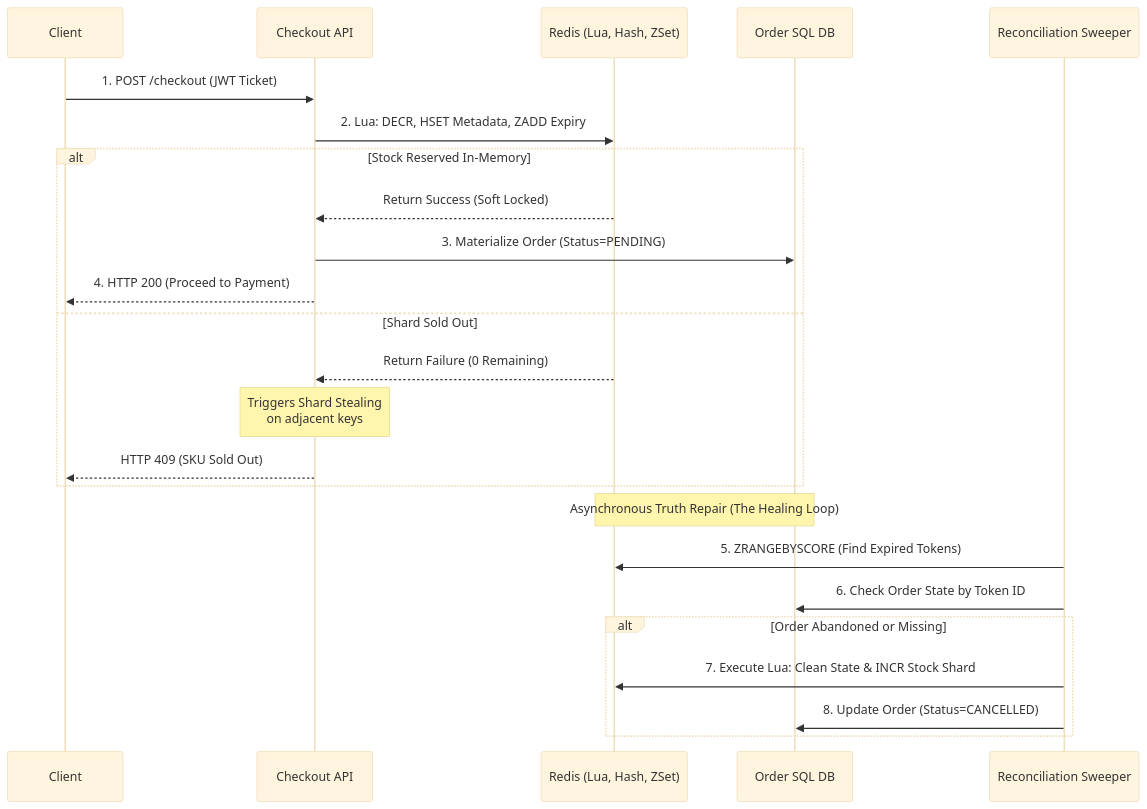
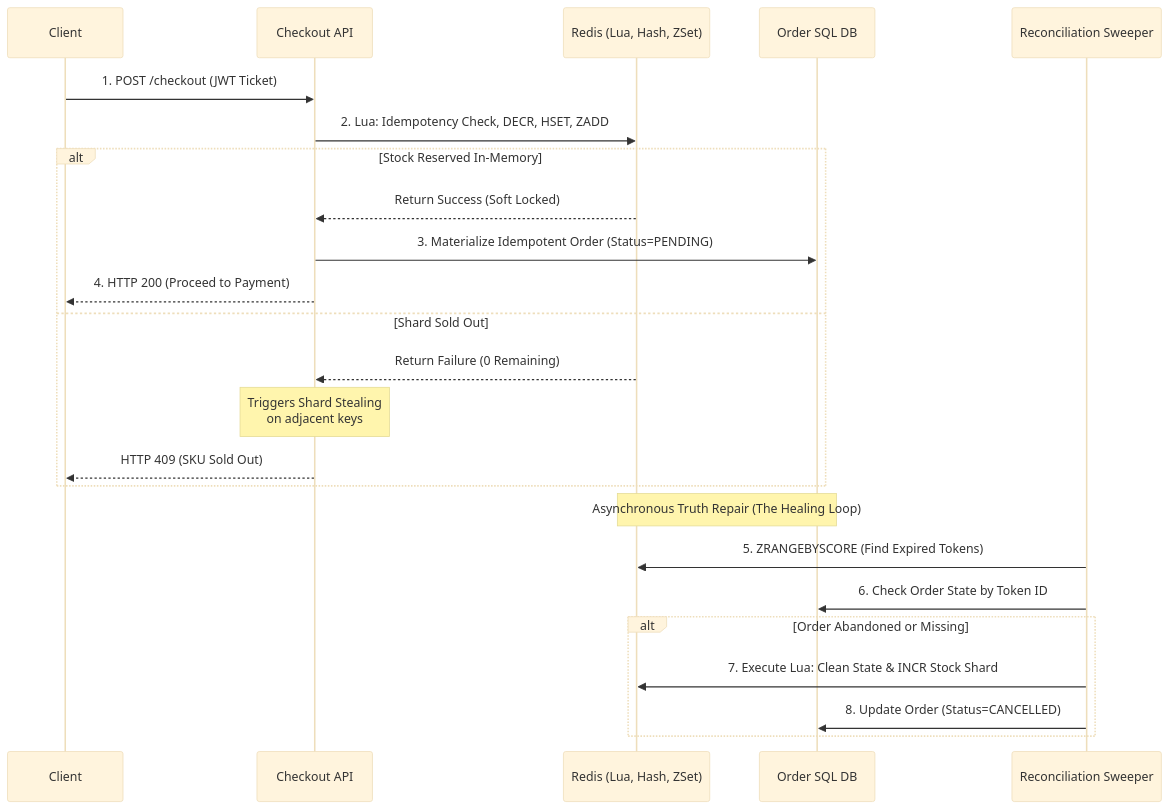
One commit to tuanhiep/tuanhiep.github.io changed the diagram in content/posts/series_3/3.global_flash_sale_engine_inventory.md. Above: the diagram before and after it, drawn with Mermaid (base theme). The commit also changed other lines of this file, not shown here.

````diff
--- a/content/posts/series_3/3.global_flash_sale_engine_inventory.md
+++ b/content/posts/series_3/3.global_flash_sale_engine_inventory.md
@@ -143,30 +156,30 @@
 ```mermaid
 sequenceDiagram
     participant C as Client
     participant API as Checkout API
     participant R as Redis (Lua, Hash, ZSet)
     participant DB as Order SQL DB
     participant W as Reconciliation Sweeper
 
     C->>API: 1. POST /checkout (JWT Ticket)
-    API->>R: 2. Lua: DECR, HSET Metadata, ZADD Expiry
+    API->>R: 2. Lua: Idempotency Check, DECR, HSET, ZADD
     
     alt Stock Reserved In-Memory
         R-->>API: Return Success (Soft Locked)
-        API->>DB: 3. Materialize Order (Status=PENDING)
+        API->>DB: 3. Materialize Idempotent Order (Status=PENDING)
         API-->>C: 4. HTTP 200 (Proceed to Payment)
     else Shard Sold Out
         R-->>API: Return Failure (0 Remaining)
         Note over API: Triggers Shard Stealing<br/>on adjacent keys
         API-->>C: HTTP 409 (SKU Sold Out)
     end
 
     Note over R,DB: Asynchronous Truth Repair (The Healing Loop)
     W->>R: 5. ZRANGEBYSCORE (Find Expired Tokens)
     W->>DB: 6. Check Order State by Token ID
     alt Order Abandoned or Missing
         W->>R: 7. Execute Lua: Clean State & INCR Stock Shard
         W->>DB: 8. Update Order (Status=CANCELLED)
     end
 
 ```
````
